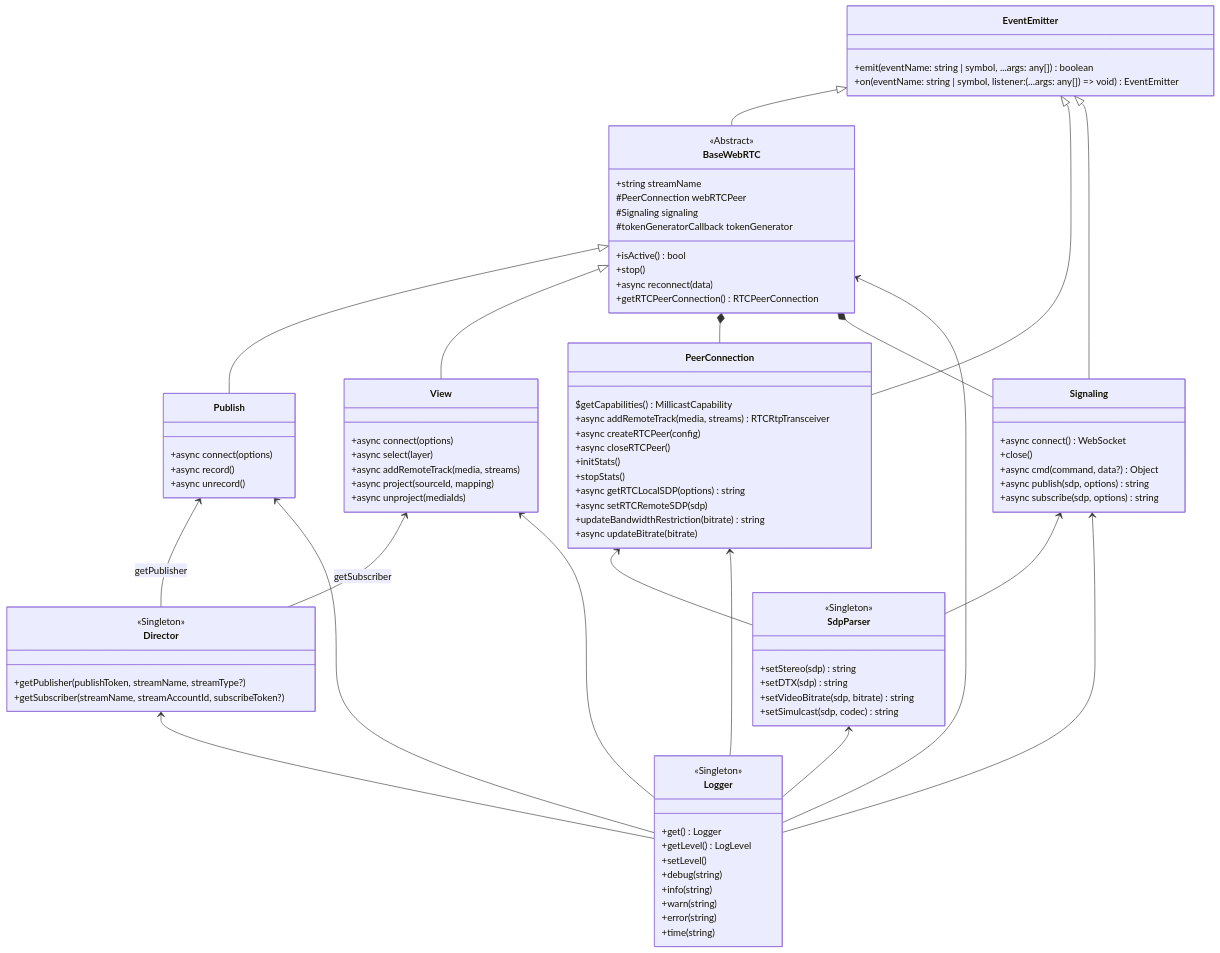
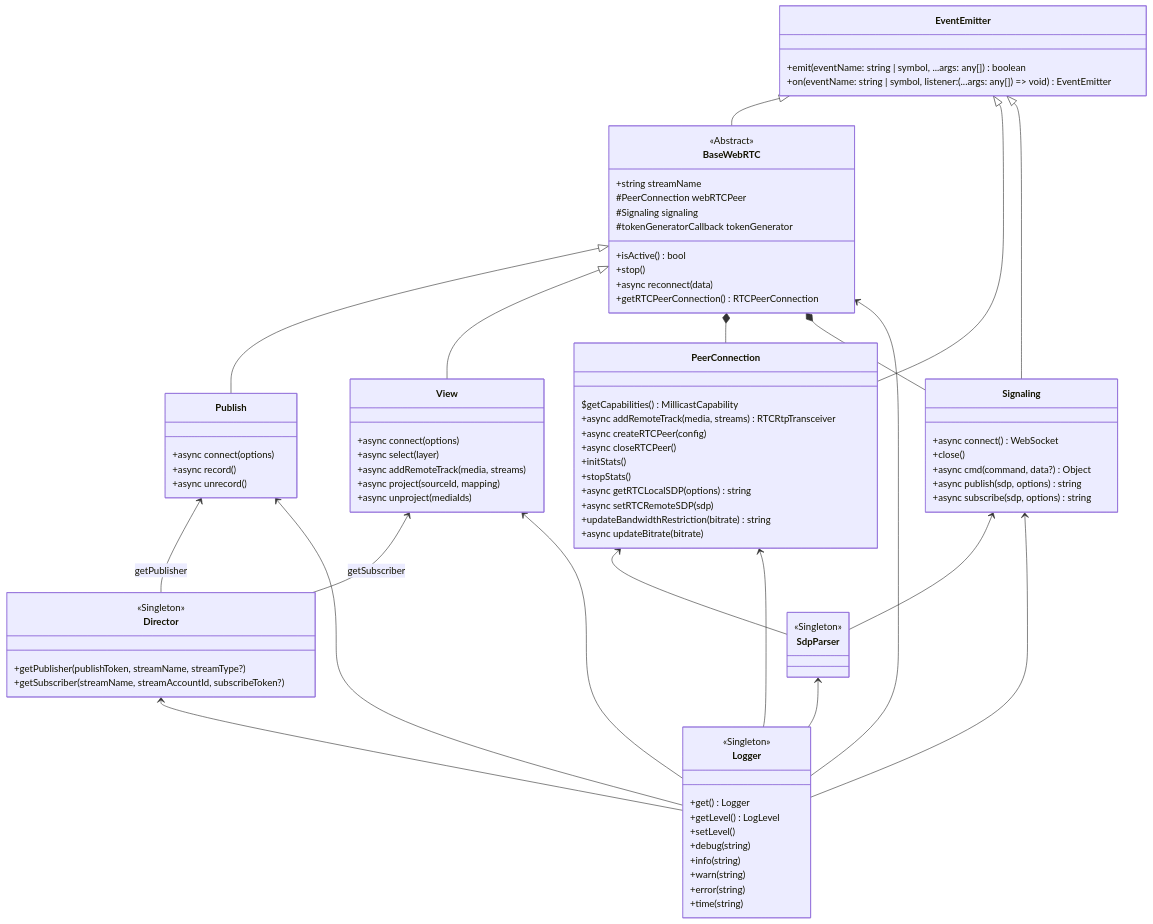
The diagram in CONTRIBUTING.md (millicast/millicast-sdk), drawn with Mermaid before and after one commit.

Commit message:
remove SDK parser from docs

```diff
--- a/CONTRIBUTING.md
+++ b/CONTRIBUTING.md
@@ -199,10 +199,6 @@
   }
   class SdpParser {
     <<Singleton>>
-    +setStereo(sdp) string
-    +setDTX(sdp) string
-    +setVideoBitrate(sdp, bitrate) string
-    +setSimulcast(sdp, codec) string
   }
   class Logger {
     <<Singleton>>
```
